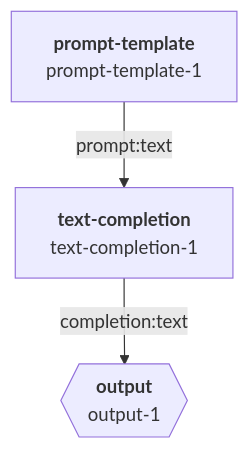
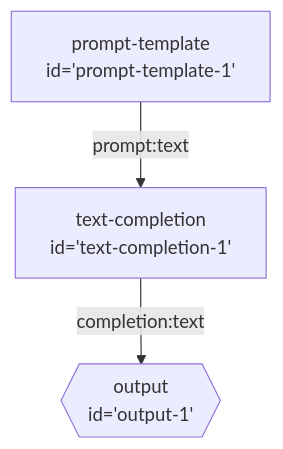
Before and after one commit to breadboard-ai/breadboard: the diagram in seeds/graph-playground/docs/graphs/auto-simple-prompt.md, drawn with Mermaid. The commit also changed 11 other files, not shown here.

First line of the commit message:
[graph-playground] A bit more style tweaking.

````diff
--- a/seeds/graph-playground/docs/graphs/auto-simple-prompt.md
+++ b/seeds/graph-playground/docs/graphs/auto-simple-prompt.md
@@ -4,9 +4,9 @@
 ```mermaid
 graph TD;
-prompt-template-1["`**prompt-template**
-prompt-template-1`"] -- prompt:text --> text-completion-1["`**text-completion**
-text-completion-1`"]
-text-completion-1["`**text-completion**
-text-completion-1`"] -- completion:text --> output-1{{"`**output**
-output-1`"}}:::output
+prompt-template-1["prompt-template
+id='prompt-template-1'"] -- prompt:text --> text-completion-1["text-completion
+id='text-completion-1'"]
+text-completion-1["text-completion
+id='text-completion-1'"] -- completion:text --> output-1{{"output
+id='output-1'"}}:::output
 ```
````
